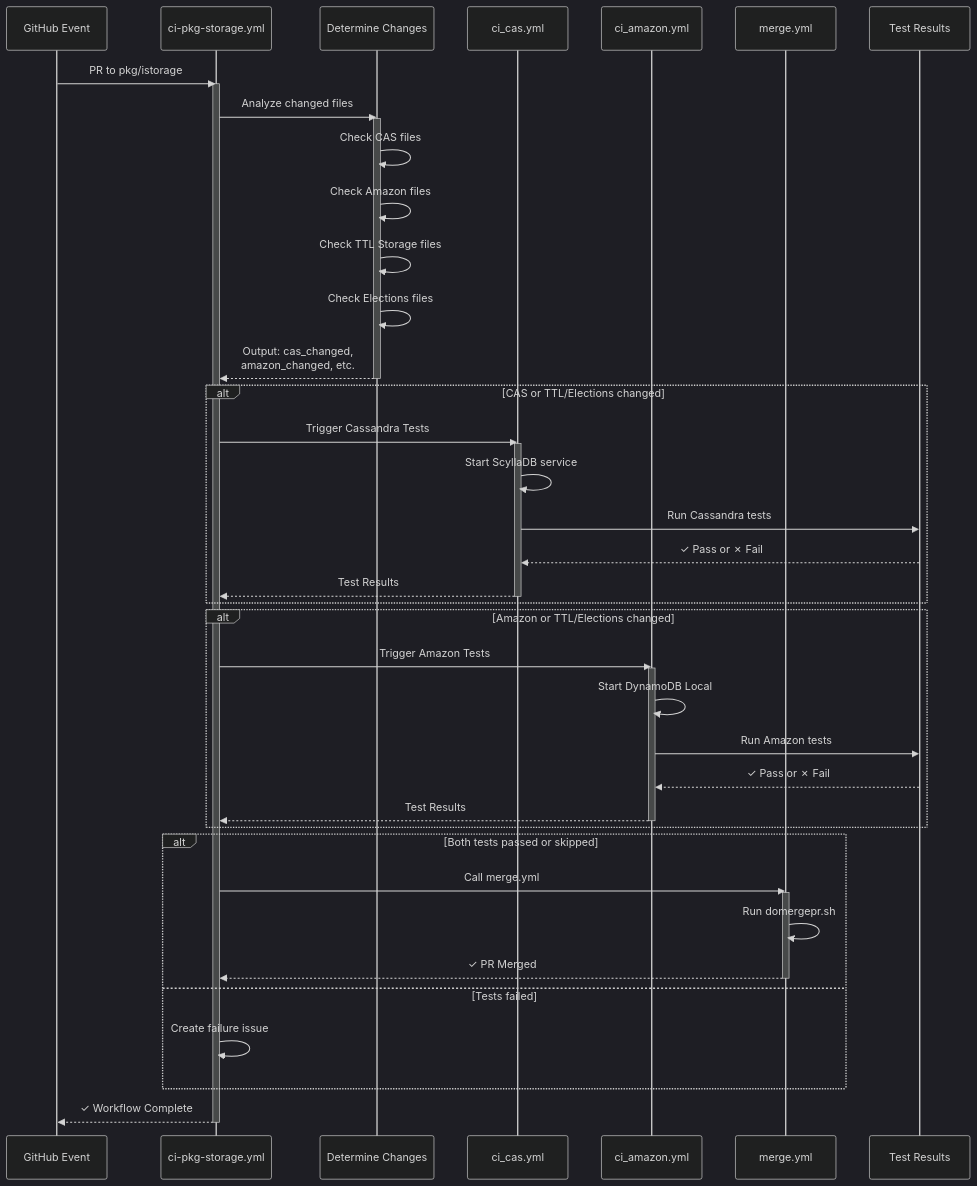
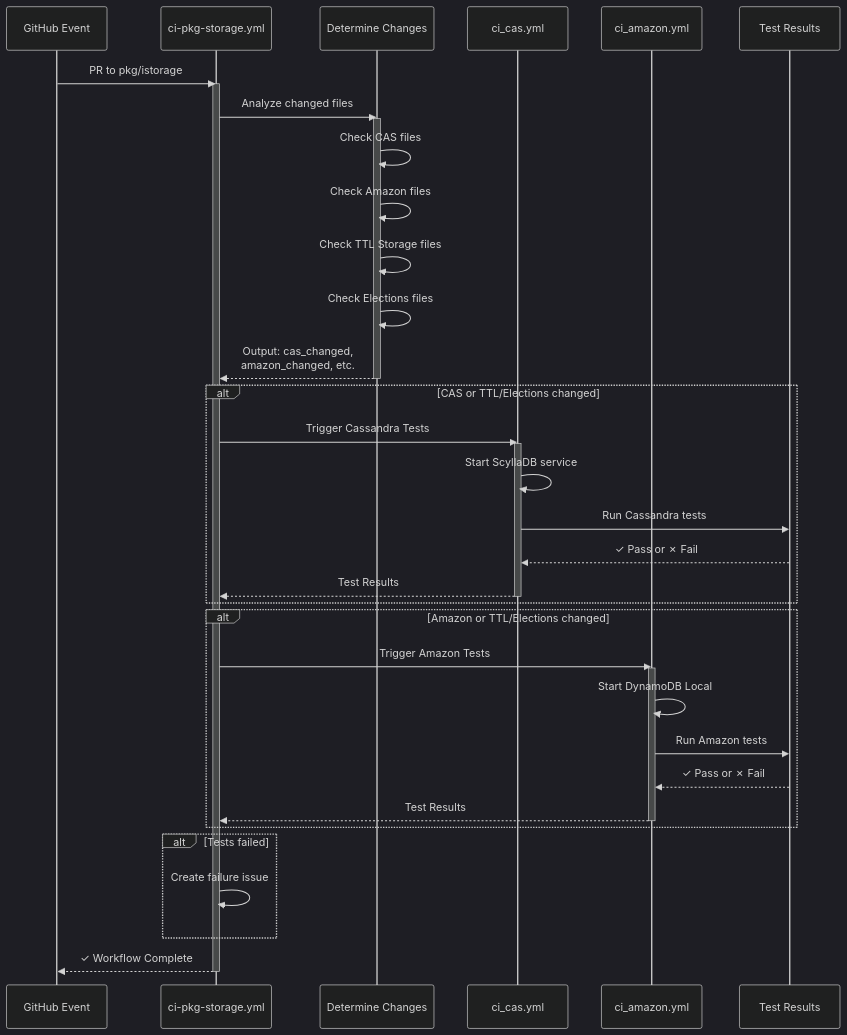
One commit to voedger/voedger changed the third of 4 diagrams in .github/workflows/README.md. Above: the diagram before and after it, drawn with Mermaid (dark theme). The commit also changed other lines of this file and 4 other files, not shown here.

````diff
--- a/.github/workflows/README.md
+++ b/.github/workflows/README.md
@@ -374,55 +326,48 @@
 ```mermaid
 sequenceDiagram
     participant GitHub as GitHub Event
     participant WF as ci-pkg-storage.yml
     participant Detect as Determine Changes
     participant CAS as ci_cas.yml
     participant Amazon as ci_amazon.yml
-    participant Merge as merge.yml
     participant Tests as Test Results
 
     GitHub->>WF: PR to pkg/istorage
     activate WF
 
     WF->>Detect: Analyze changed files
     activate Detect
     Detect->>Detect: Check CAS files
     Detect->>Detect: Check Amazon files
     Detect->>Detect: Check TTL Storage files
     Detect->>Detect: Check Elections files
     Detect-->>WF: Output: cas_changed,<br/>amazon_changed, etc.
     deactivate Detect
 
     alt CAS or TTL/Elections changed
         WF->>CAS: Trigger Cassandra Tests
         activate CAS
         CAS->>CAS: Start ScyllaDB service
         CAS->>Tests: Run Cassandra tests
         Tests-->>CAS: ✓ Pass or ✗ Fail
         CAS-->>WF: Test Results
         deactivate CAS
     end
 
     alt Amazon or TTL/Elections changed
         WF->>Amazon: Trigger Amazon Tests
         activate Amazon
         Amazon->>Amazon: Start DynamoDB Local
         Amazon->>Tests: Run Amazon tests
         Tests-->>Amazon: ✓ Pass or ✗ Fail
         Amazon-->>WF: Test Results
         deactivate Amazon
     end
 
-    alt Both tests passed or skipped
-        WF->>Merge: Call merge.yml
-        activate Merge
-        Merge->>Merge: Run domergepr.sh
-        Merge-->>WF: ✓ PR Merged
-        deactivate Merge
-    else Tests failed
+    alt Tests failed
         WF->>WF: Create failure issue
     end
 
     WF-->>GitHub: ✓ Workflow Complete
     deactivate WF
 ```
````
